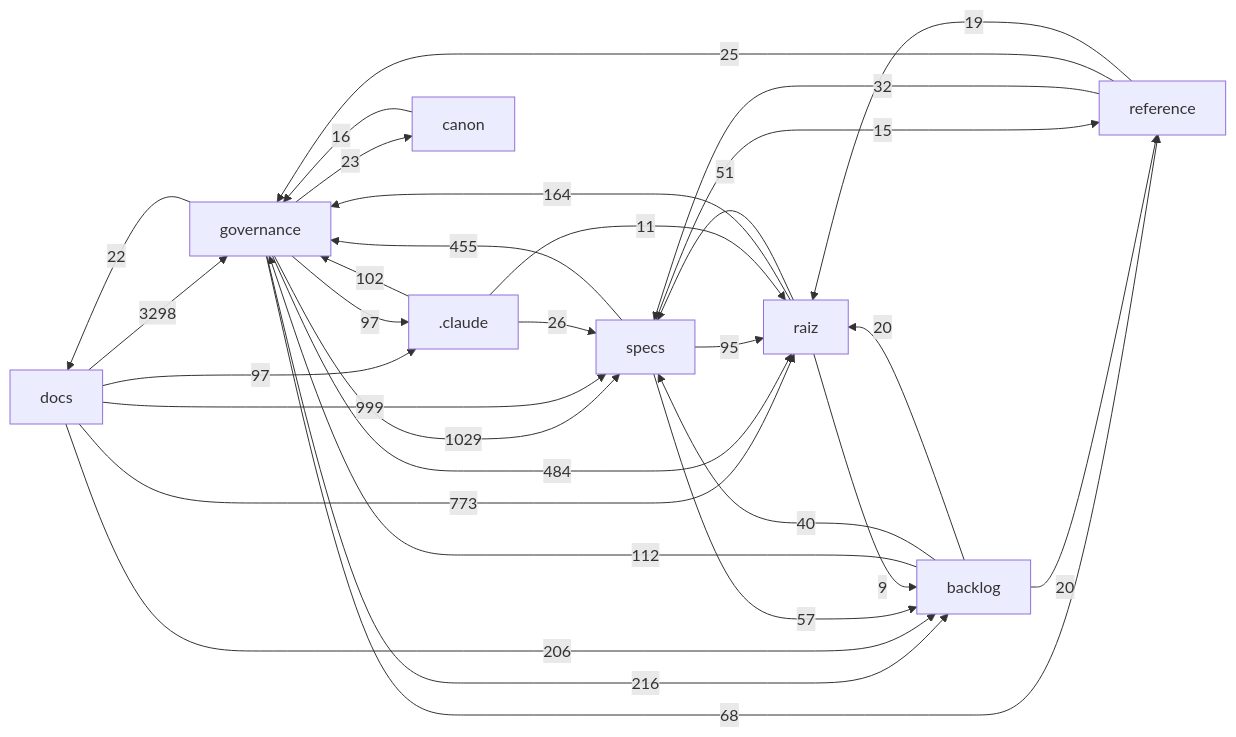
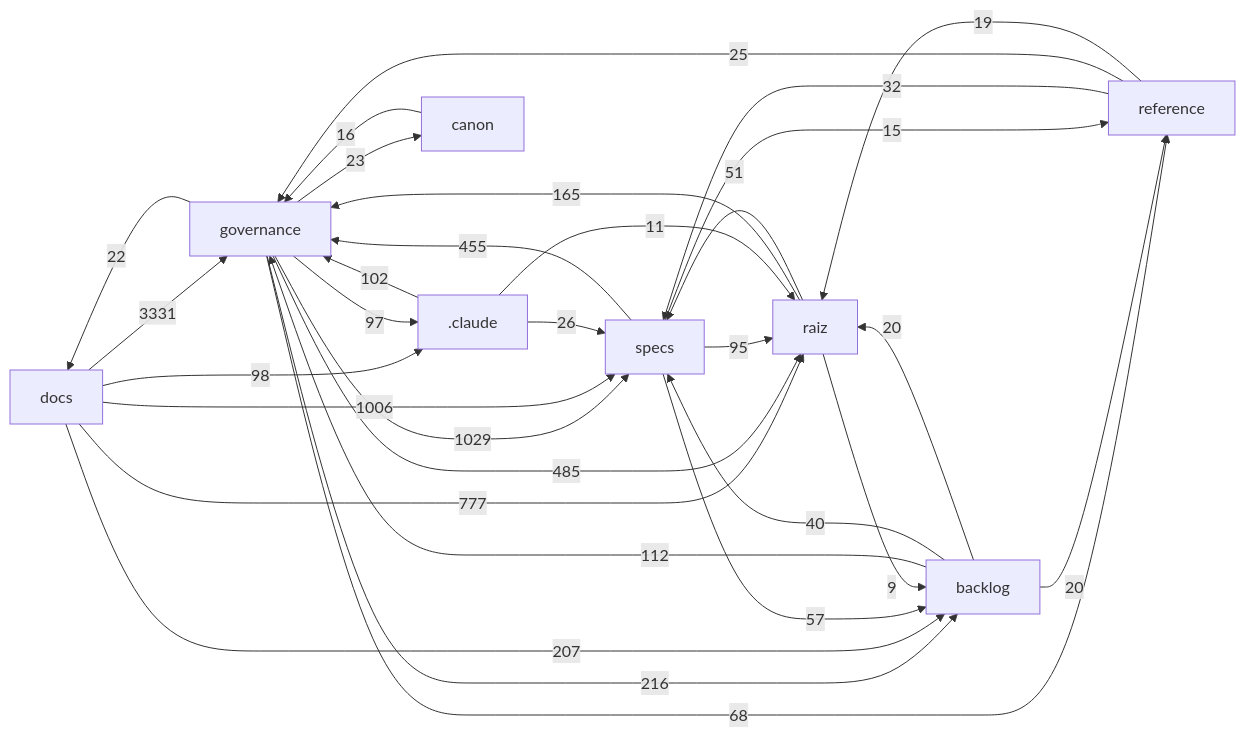
One commit to Andraus35/Sistema-Operacional-de-Trading--SOT changed the diagram in docs/mapa/MAPA-PROJETO.md. Above: the diagram before and after it, drawn with Mermaid. The commit also changed other lines of this file and 3 other files, not shown here.

````diff
--- a/docs/mapa/MAPA-PROJETO.md
+++ b/docs/mapa/MAPA-PROJETO.md
@@ -29,33 +29,33 @@
 ```mermaid
 flowchart LR
-  docs["docs"] -->|3298| governance["governance"]
+  docs["docs"] -->|3331| governance["governance"]
   governance["governance"] -->|1029| specs["specs"]
-  docs["docs"] -->|999| specs["specs"]
-  docs["docs"] -->|773| raiz["raiz"]
-  governance["governance"] -->|484| raiz["raiz"]
+  docs["docs"] -->|1006| specs["specs"]
+  docs["docs"] -->|777| raiz["raiz"]
+  governance["governance"] -->|485| raiz["raiz"]
   specs["specs"] -->|455| governance["governance"]
   governance["governance"] -->|216| backlog["backlog"]
-  docs["docs"] -->|206| backlog["backlog"]
-  raiz["raiz"] -->|164| governance["governance"]
+  docs["docs"] -->|207| backlog["backlog"]
+  raiz["raiz"] -->|165| governance["governance"]
   backlog["backlog"] -->|112| governance["governance"]
   _claude[".claude"] -->|102| governance["governance"]
-  docs["docs"] -->|97| _claude[".claude"]
+  docs["docs"] -->|98| _claude[".claude"]
   governance["governance"] -->|97| _claude[".claude"]
   specs["specs"] -->|95| raiz["raiz"]
   governance["governance"] -->|68| reference["reference"]
   specs["specs"] -->|57| backlog["backlog"]
   raiz["raiz"] -->|51| specs["specs"]
   backlog["backlog"] -->|40| specs["specs"]
   reference["reference"] -->|32| specs["specs"]
   _claude[".claude"] -->|26| specs["specs"]
   reference["reference"] -->|25| governance["governance"]
   governance["governance"] -->|23| canon["canon"]
   governance["governance"] -->|22| docs["docs"]
   backlog["backlog"] -->|20| raiz["raiz"]
   backlog["backlog"] -->|20| reference["reference"]
   reference["reference"] -->|19| raiz["raiz"]
   canon["canon"] -->|16| governance["governance"]
   specs["specs"] -->|15| reference["reference"]
   _claude[".claude"] -->|11| raiz["raiz"]
   raiz["raiz"] -->|9| backlog["backlog"]
 ```
````
